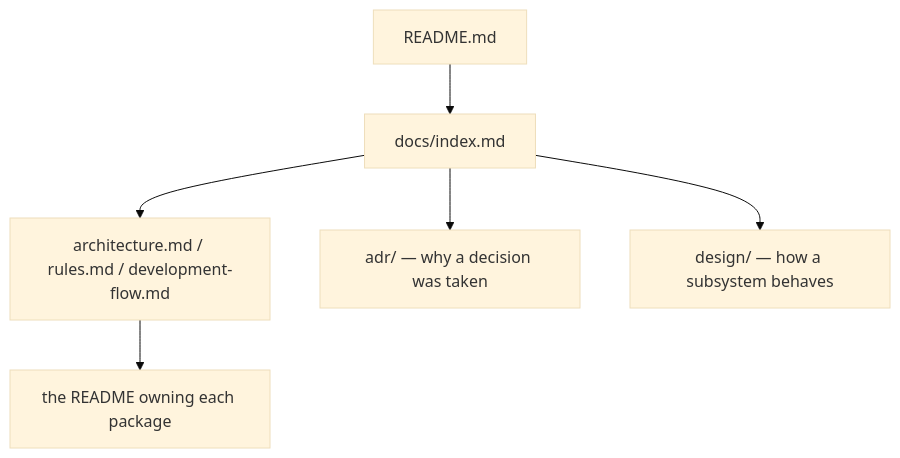
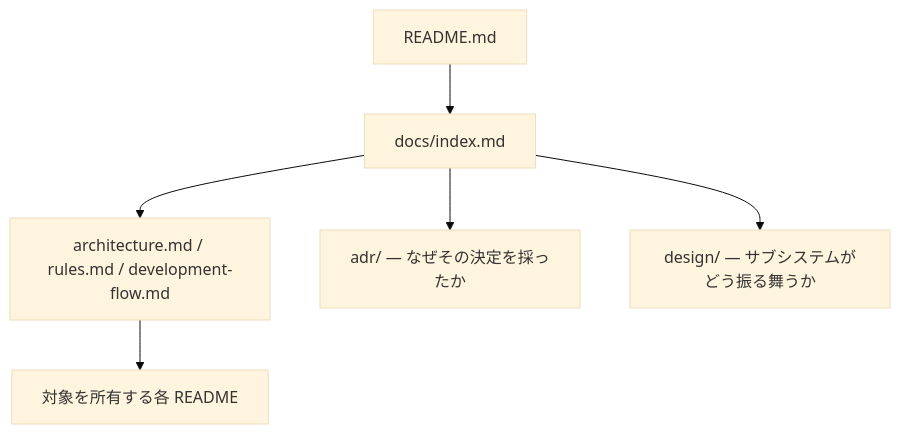
Before and after one commit to Tomy-ch/go-boilerplate: the seventh of 7 diagrams in docs/index.md, drawn with Mermaid (base theme). The commit also changed other lines of this file and 970 other files, not shown here.

````diff
--- a/docs/index.md
+++ b/docs/index.md
@@ -144,8 +145,8 @@
 ```mermaid
 flowchart TB
     Readme["README.md"] --> Index["docs/index.md"]
     Index --> Core["architecture.md / rules.md / development-flow.md"]
-    Index --> Adr["adr/ — why a decision was taken"]
-    Index --> Design["design/ — how a subsystem behaves"]
-    Core --> Pkg["the README owning each package"]
+    Index --> Adr["adr/ — なぜその決定を採ったか"]
+    Index --> Design["design/ — サブシステムがどう振る舞うか"]
+    Core --> Pkg["対象を所有する各 README"]
 ```
````
